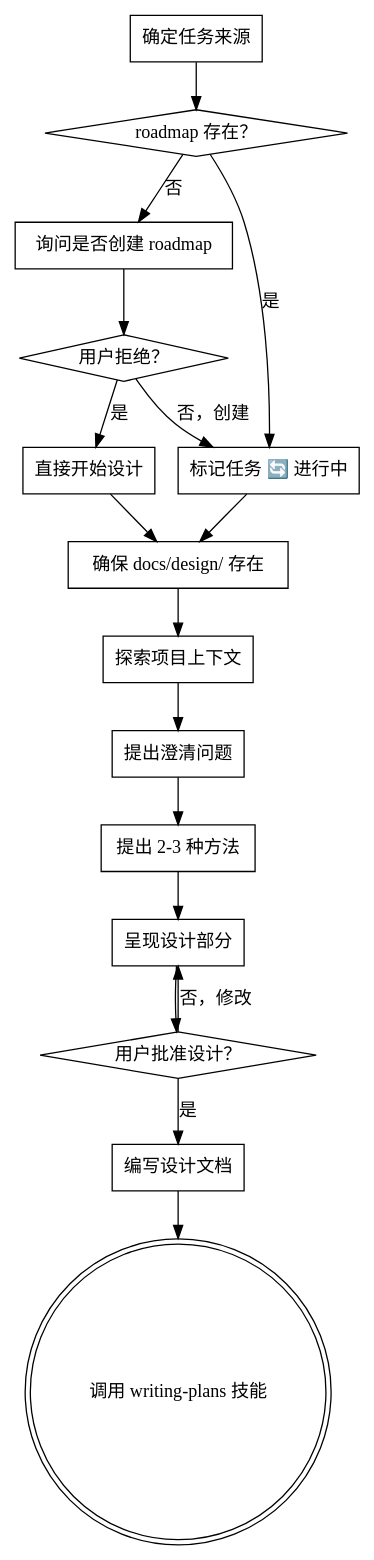
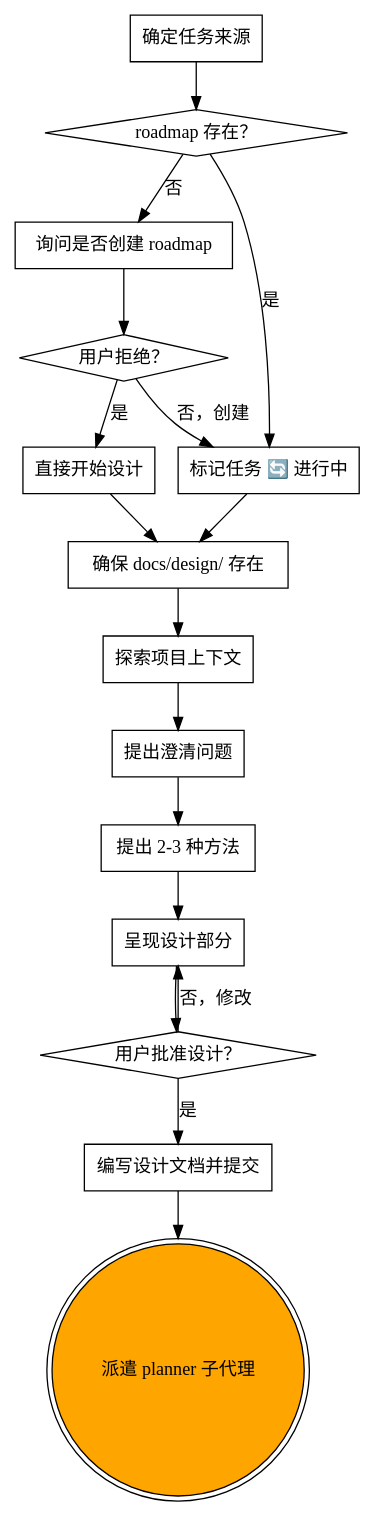
The diagram in .iflow/skills/brainstorming/SKILL.md (772778995/ai-auto-chess), drawn with Graphviz before and after one commit. The commit also changed other lines of this file and 11 other files, not shown here.

````diff
--- a/.iflow/skills/brainstorming/SKILL.md
+++ b/.iflow/skills/brainstorming/SKILL.md
@@ -85,35 +84,35 @@
 ```dot
 digraph brainstorming {
     "确定任务来源" [shape=box];
     "roadmap 存在？" [shape=diamond];
     "询问是否创建 roadmap" [shape=box];
     "用户拒绝？" [shape=diamond];
     "直接开始设计" [shape=box];
     "标记任务 🔄 进行中" [shape=box];
     "确保 docs/design/ 存在" [shape=box];
     "探索项目上下文" [shape=box];
     "提出澄清问题" [shape=box];
     "提出 2-3 种方法" [shape=box];
     "呈现设计部分" [shape=box];
     "用户批准设计？" [shape=diamond];
-    "编写设计文档" [shape=box];
-    "调用 writing-plans 技能" [shape=doublecircle];
+    "编写设计文档并提交" [shape=box];
+    "派遣 planner 子代理" [shape=doublecircle style=filled fillcolor=orange];
 
     "确定任务来源" -> "roadmap 存在？";
     "roadmap 存在？" -> "询问是否创建 roadmap" [label="否"];
     "询问是否创建 roadmap" -> "用户拒绝？";
     "用户拒绝？" -> "直接开始设计" [label="是"];
     "用户拒绝？" -> "标记任务 🔄 进行中" [label="否，创建"];
     "roadmap 存在？" -> "标记任务 🔄 进行中" [label="是"];
     "标记任务 🔄 进行中" -> "确保 docs/design/ 存在";
     "直接开始设计" -> "确保 docs/design/ 存在";
     "确保 docs/design/ 存在" -> "探索项目上下文";
     "探索项目上下文" -> "提出澄清问题";
     "提出澄清问题" -> "提出 2-3 种方法";
     "提出 2-3 种方法" -> "呈现设计部分";
     "呈现设计部分" -> "用户批准设计？";
     "用户批准设计？" -> "呈现设计部分" [label="否，修改"];
-    "用户批准设计？" -> "编写设计文档" [label="是"];
-    "编写设计文档" -> "调用 writing-plans 技能";
+    "用户批准设计？" -> "编写设计文档并提交" [label="是"];
+    "编写设计文档并提交" -> "派遣 planner 子代理";
 }
 ```
````
